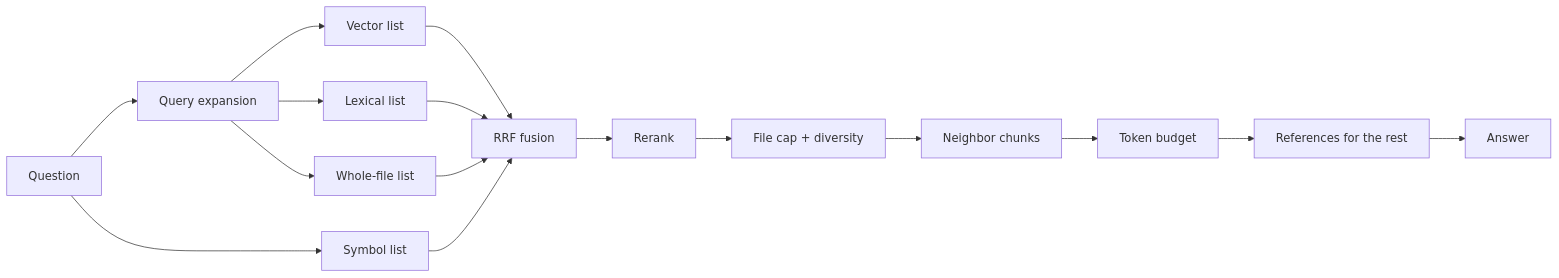
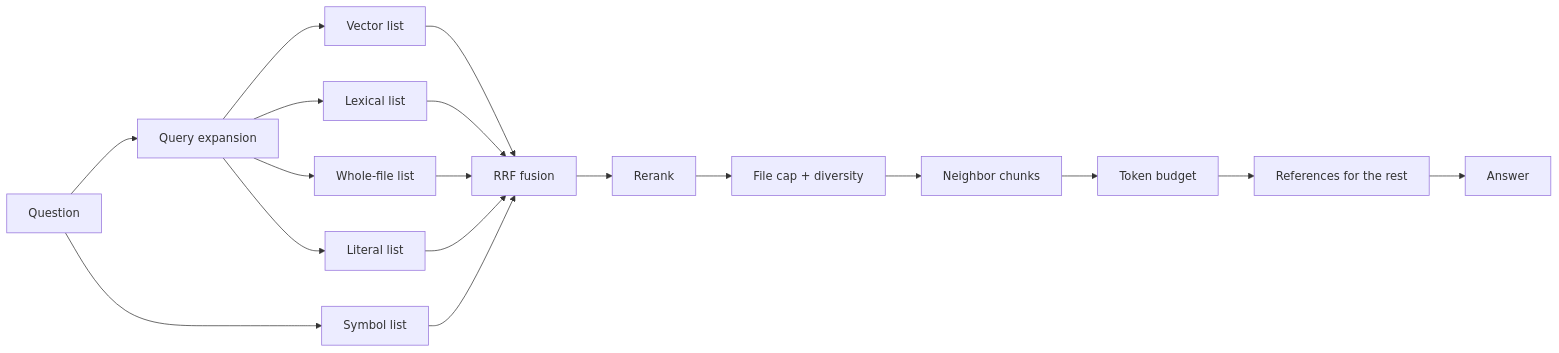
The diagram in docs/retrieval.md (pedrojr/ragnar), drawn with Mermaid before and after one commit. The commit also changed other lines of this file and 40 other files, not shown here.

First line of the commit message:
feat: retrieval for large legacy systems: literals, form handlers, code graph, excerpts (#4)

````diff
--- a/docs/retrieval.md
+++ b/docs/retrieval.md
@@ -9,18 +9,20 @@
 ```mermaid
 flowchart LR
     q[Question] --> x[Query expansion]
     x --> v[Vector list]
     x --> l[Lexical list]
     x --> w[Whole-file list]
+    x --> t[Literal list]
     q --> s[Symbol list]
     v --> f[RRF fusion]
     l --> f
     w --> f
+    t --> f
     s --> f
     f --> r[Rerank]
     r --> d[File cap + diversity]
     d --> n[Neighbor chunks]
     n --> b[Token budget]
     b --> c[References for the rest]
     c --> a[Answer]
 ```
````
